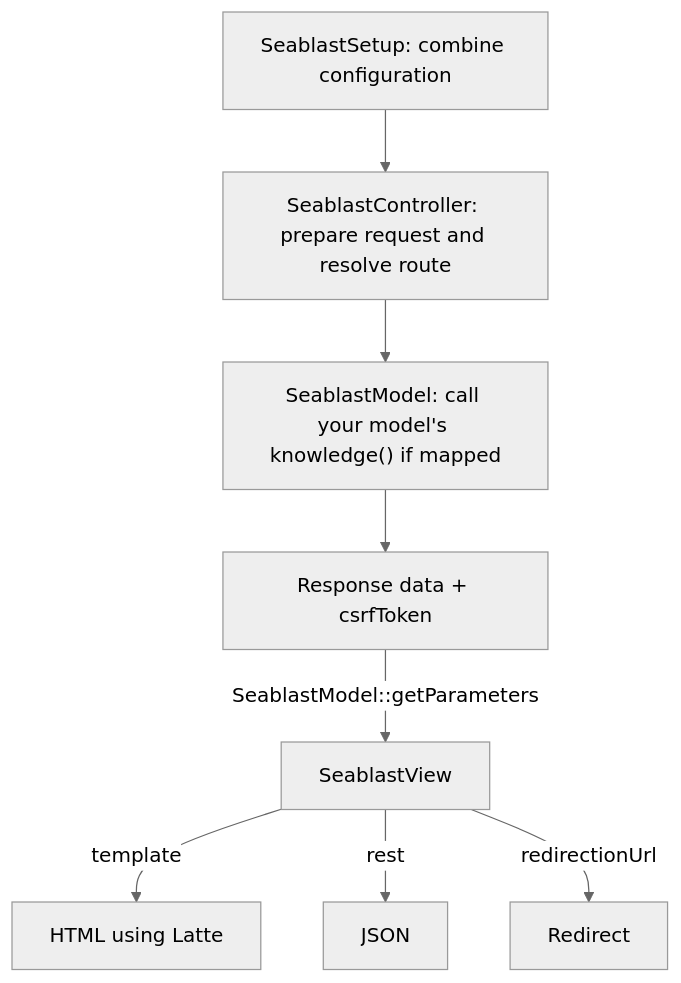
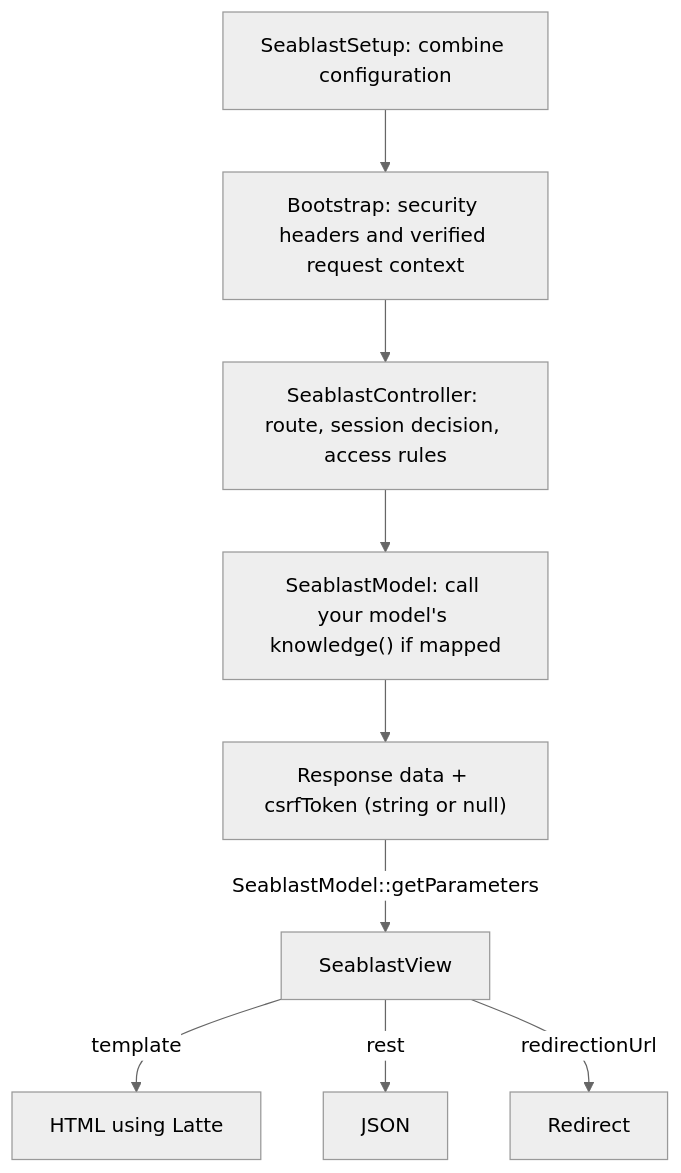
The diagram in src/README.md (WorkOfStan/seablast), drawn with Mermaid (neutral theme) before and after one commit. The commit also changed other lines of this file and 6 other files, not shown here.

````diff
--- a/src/README.md
+++ b/src/README.md
@@ -14,10 +30,11 @@
 ```mermaid
 flowchart TD
-    A["SeablastSetup: combine configuration"] --> B["SeablastController: prepare request and resolve route"]
+    A["SeablastSetup: combine configuration"] --> V["Bootstrap: security headers and verified request context"]
+    V --> B["SeablastController: route, session decision, access rules"]
     B --> C["SeablastModel: call your model's knowledge() if mapped"]
-    C --> D["Response data + csrfToken"]
+    C --> D["Response data + csrfToken (string or null)"]
     D -->|SeablastModel::getParameters| E["SeablastView"]
     E -->|template| F["HTML using Latte"]
     E -->|rest| G["JSON"]
     E -->|redirectionUrl| H["Redirect"]
 ```
````
